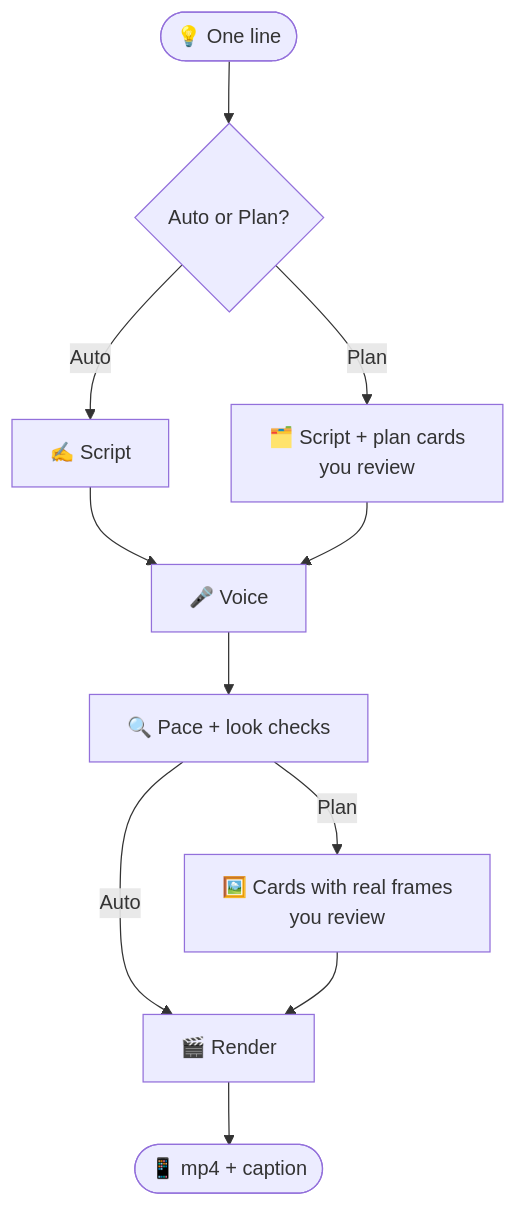
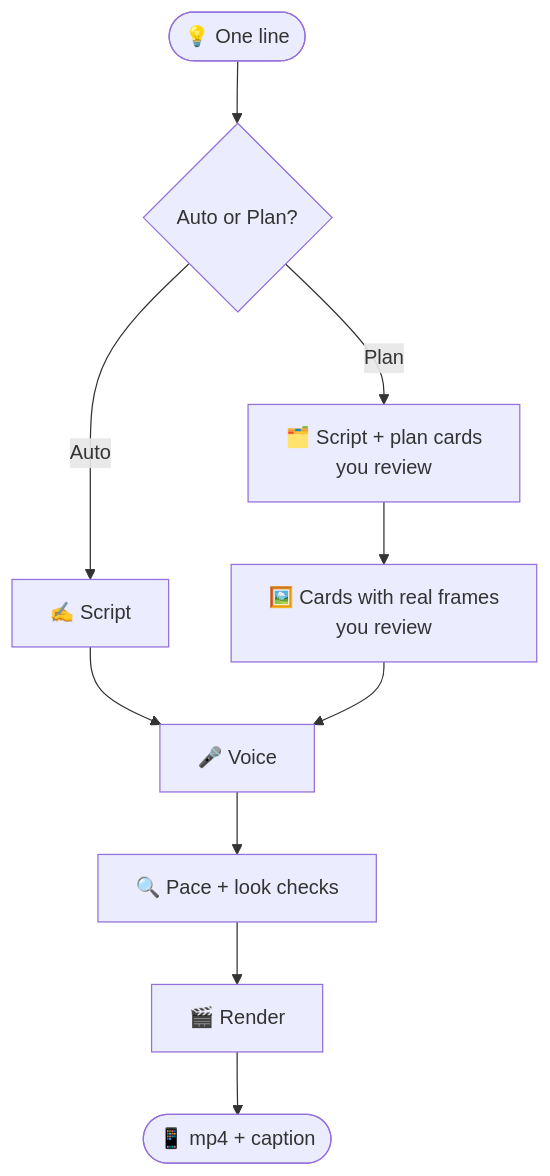
One commit to Nayan014/techno-reel changed the diagram in README.md. Above: the diagram before and after it, drawn with Mermaid. The commit also changed other lines of this file and 10 other files, not shown here.

First line of the commit message:
Record the voice in plan mode only after the frames are approved

````diff
--- a/README.md
+++ b/README.md
@@ -52,13 +52,12 @@
 ```mermaid
 flowchart TD
     idea(["💡 One line"]) --> mode{"Auto or Plan?"}
     mode -- Auto --> script["✍️ Script"]
     mode -- Plan --> cards["🗂️ Script + plan cards<br/>you review"]
+    cards --> frames["🖼️ Cards with real frames<br/>you review"]
     script --> voice["🎤 Voice"]
-    cards --> voice
+    frames --> voice
     voice --> check["🔍 Pace + look checks"]
-    check -- Auto --> render["🎬 Render"]
-    check -- Plan --> frames["🖼️ Cards with real frames<br/>you review"]
-    frames --> render
+    check --> render["🎬 Render"]
     render --> reel(["📱 mp4 + caption"])
 ```
````
